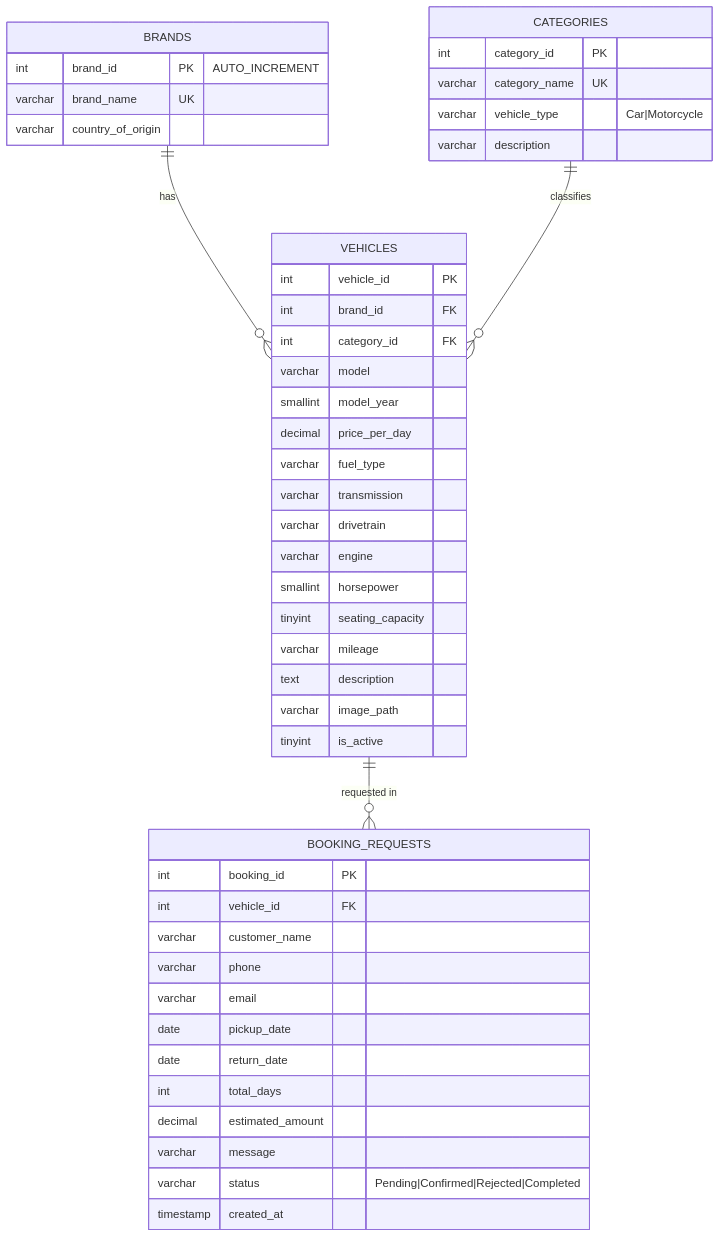
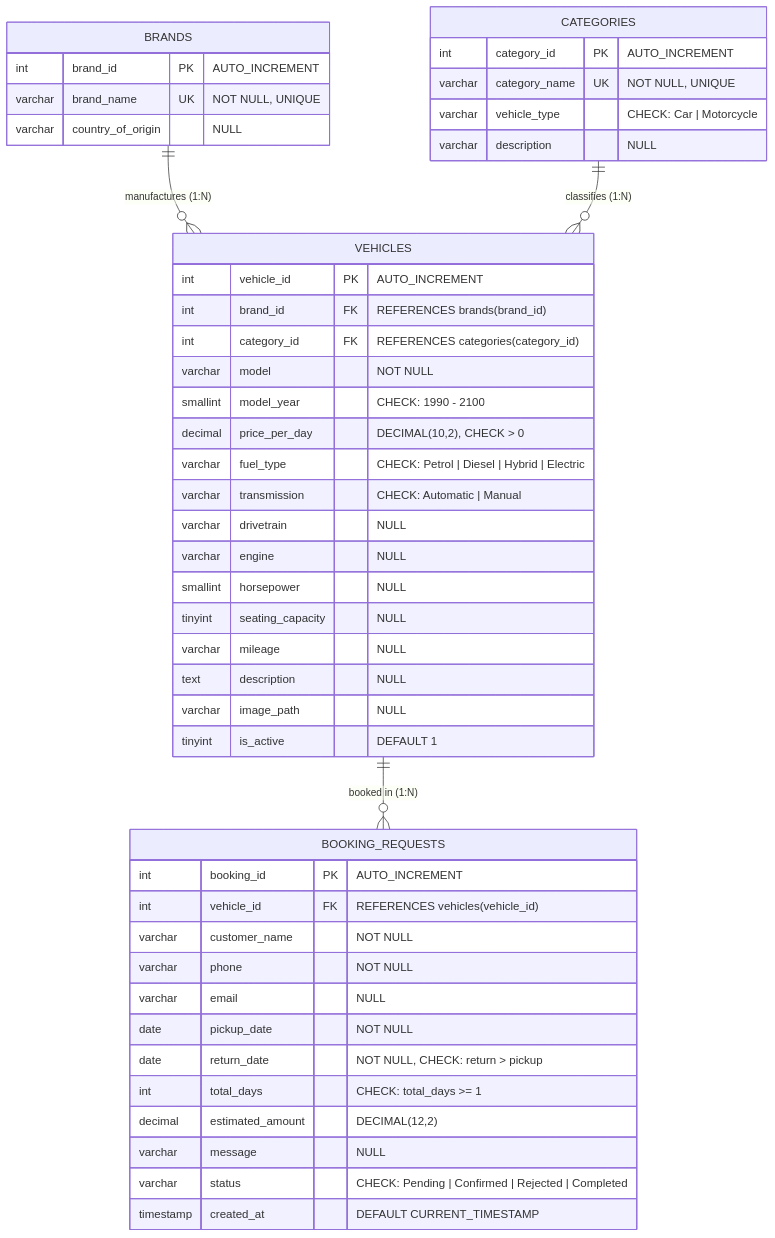
Before and after one commit to arjun-sjadhav/Luxury-vehicle-booking-system: the diagram in docs/er-diagram.md, drawn with Mermaid. The commit also changed other lines of this file and 4 other files, not shown here.

Commit message:
Add high-resolution ER diagram, image mapping, and fallback asset

````diff
--- a/docs/er-diagram.md
+++ b/docs/er-diagram.md
@@ -3,41 +15,53 @@
 ```mermaid
 erDiagram
-  BRANDS ||--o{ VEHICLES : "has"
-  CATEGORIES ||--o{ VEHICLES : "classifies"
-  VEHICLES ||--o{ BOOKING_REQUESTS : "requested in"
-  BRANDS { int brand_id PK "AUTO_INCREMENT"
-           varchar brand_name UK
-           varchar country_of_origin }
-  CATEGORIES { int category_id PK
-               varchar category_name UK
-               varchar vehicle_type "Car|Motorcycle"
-               varchar description }
-  VEHICLES { int vehicle_id PK
-             int brand_id FK
-             int category_id FK
-             varchar model
-             smallint model_year
-             decimal price_per_day
-             varchar fuel_type
-             varchar transmission
-             varchar drivetrain
-             varchar engine
-             smallint horsepower
-             tinyint seating_capacity
-             varchar mileage
-             text description
-             varchar image_path
-             tinyint is_active }
-  BOOKING_REQUESTS { int booking_id PK
-                     int vehicle_id FK
-                     varchar customer_name
-                     varchar phone
-                     varchar email
-                     date pickup_date
-                     date return_date
-                     int total_days
-                     decimal estimated_amount
-                     varchar message
-                     varchar status "Pending|Confirmed|Rejected|Completed"
-                     timestamp created_at }
+  BRANDS ||--o{ VEHICLES : "manufactures (1:N)"
+  CATEGORIES ||--o{ VEHICLES : "classifies (1:N)"
+  VEHICLES ||--o{ BOOKING_REQUESTS : "booked in (1:N)"
+
+  BRANDS {
+    int brand_id PK "AUTO_INCREMENT"
+    varchar brand_name UK "NOT NULL, UNIQUE"
+    varchar country_of_origin "NULL"
+  }
+
+  CATEGORIES {
+    int category_id PK "AUTO_INCREMENT"
+    varchar category_name UK "NOT NULL, UNIQUE"
+    varchar vehicle_type "CHECK: Car | Motorcycle"
+    varchar description "NULL"
+  }
+
+  VEHICLES {
+    int vehicle_id PK "AUTO_INCREMENT"
+    int brand_id FK "REFERENCES brands(brand_id)"
+    int category_id FK "REFERENCES categories(category_id)"
+    varchar model "NOT NULL"
+    smallint model_year "CHECK: 1990 - 2100"
+    decimal price_per_day "DECIMAL(10,2), CHECK > 0"
+    varchar fuel_type "CHECK: Petrol | Diesel | Hybrid | Electric"
+    varchar transmission "CHECK: Automatic | Manual"
+    varchar drivetrain "NULL"
+    varchar engine "NULL"
+    smallint horsepower "NULL"
+    tinyint seating_capacity "NULL"
+    varchar mileage "NULL"
+    text description "NULL"
+    varchar image_path "NULL"
+    tinyint is_active "DEFAULT 1"
+  }
+
+  BOOKING_REQUESTS {
+    int booking_id PK "AUTO_INCREMENT"
+    int vehicle_id FK "REFERENCES vehicles(vehicle_id)"
+    varchar customer_name "NOT NULL"
+    varchar phone "NOT NULL"
+    varchar email "NULL"
+    date pickup_date "NOT NULL"
+    date return_date "NOT NULL, CHECK: return > pickup"
+    int total_days "CHECK: total_days >= 1"
+    decimal estimated_amount "DECIMAL(12,2)"
+    varchar message "NULL"
+    varchar status "CHECK: Pending | Confirmed | Rejected | Completed"
+    timestamp created_at "DEFAULT CURRENT_TIMESTAMP"
+  }
 ```
````
